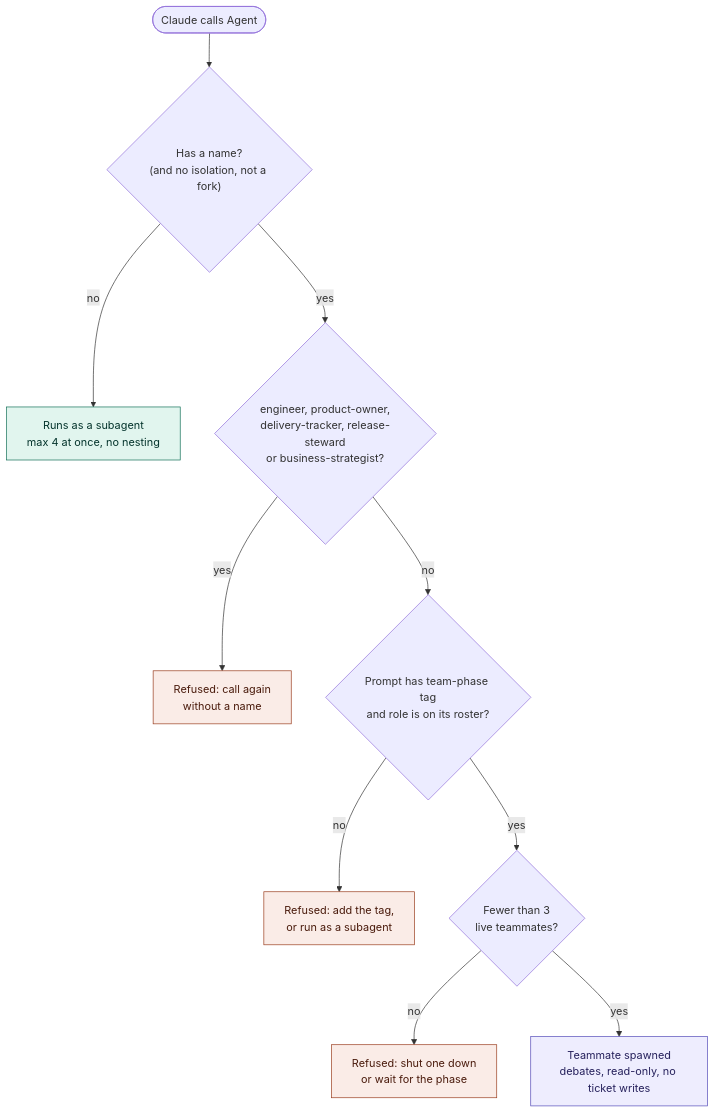
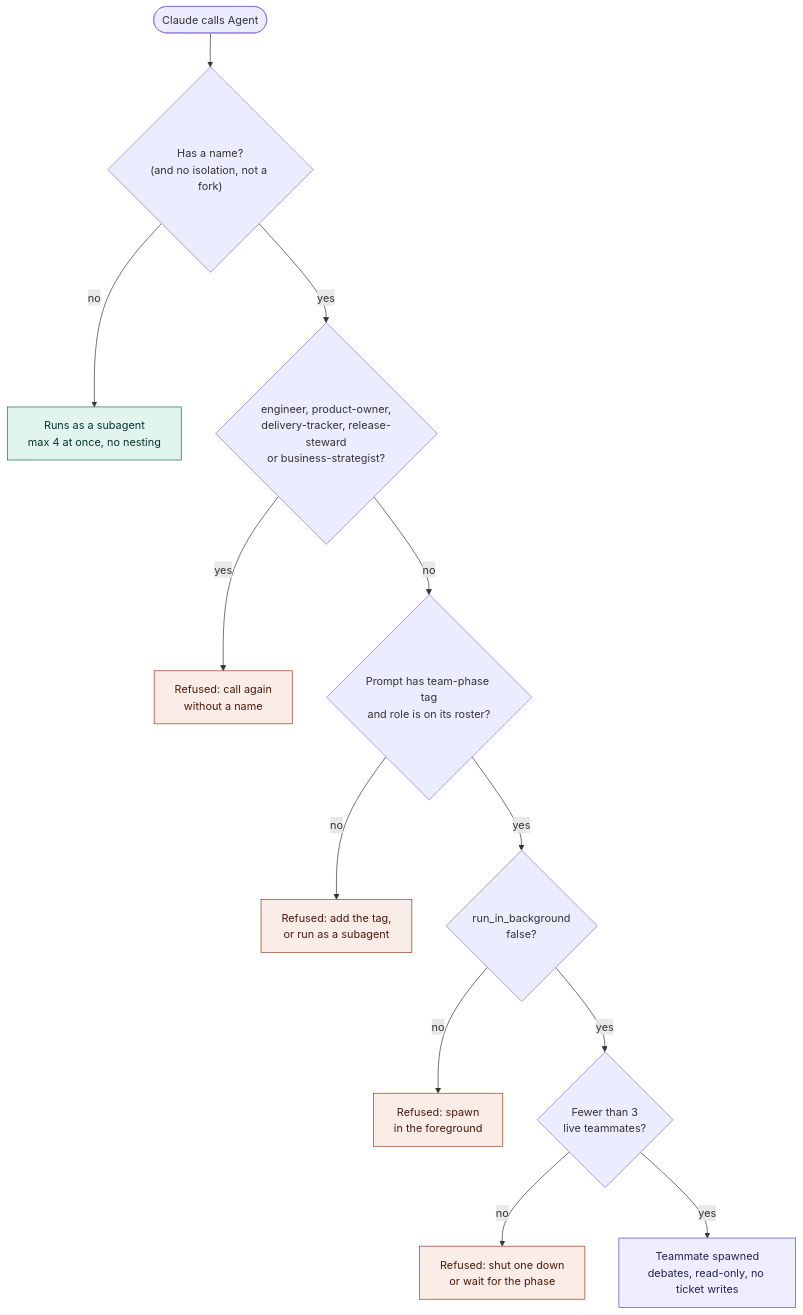
Before and after one commit to Shafichariri/kinspector: the third of 4 diagrams in docs/TEAM.md, drawn with Mermaid. The commit also changed other lines of this file and 4 other files, not shown here.

````diff
--- a/docs/TEAM.md
+++ b/docs/TEAM.md
@@ -139,19 +139,21 @@
 ```mermaid
 flowchart TD
     call(["Claude calls Agent"]) --> named{"Has a name?<br/>(and no isolation, not a fork)"}
     named -- "no" --> sub["Runs as a subagent<br/>max 4 at once, no nesting"]
     named -- "yes" --> never{"engineer, product-owner,<br/>delivery-tracker, release-steward<br/>or business-strategist?"}
     never -- "yes" --> r1["Refused: call again<br/>without a name"]
     never -- "no" --> tag{"Prompt has team-phase tag<br/>and role is on its roster?"}
     tag -- "no" --> r2["Refused: add the tag,<br/>or run as a subagent"]
-    tag -- "yes" --> cap{"Fewer than 3<br/>live teammates?"}
+    tag -- "yes" --> fg{"run_in_background<br/>false?"}
+    fg -- "no" --> r4["Refused: spawn<br/>in the foreground"]
+    fg -- "yes" --> cap{"Fewer than 3<br/>live teammates?"}
     cap -- "no" --> r3["Refused: shut one down<br/>or wait for the phase"]
     cap -- "yes" --> mate["Teammate spawned<br/>debates, read-only, no ticket writes"]
 
     classDef ok fill:#E1F5EE,stroke:#0F6E56,color:#04342C
     classDef no fill:#FAECE7,stroke:#993C1D,color:#4A1B0C
     classDef team fill:#EEEDFE,stroke:#534AB7,color:#26215C
     class sub ok
-    class r1,r2,r3 no
+    class r1,r2,r3,r4 no
     class mate team
 ```
````
